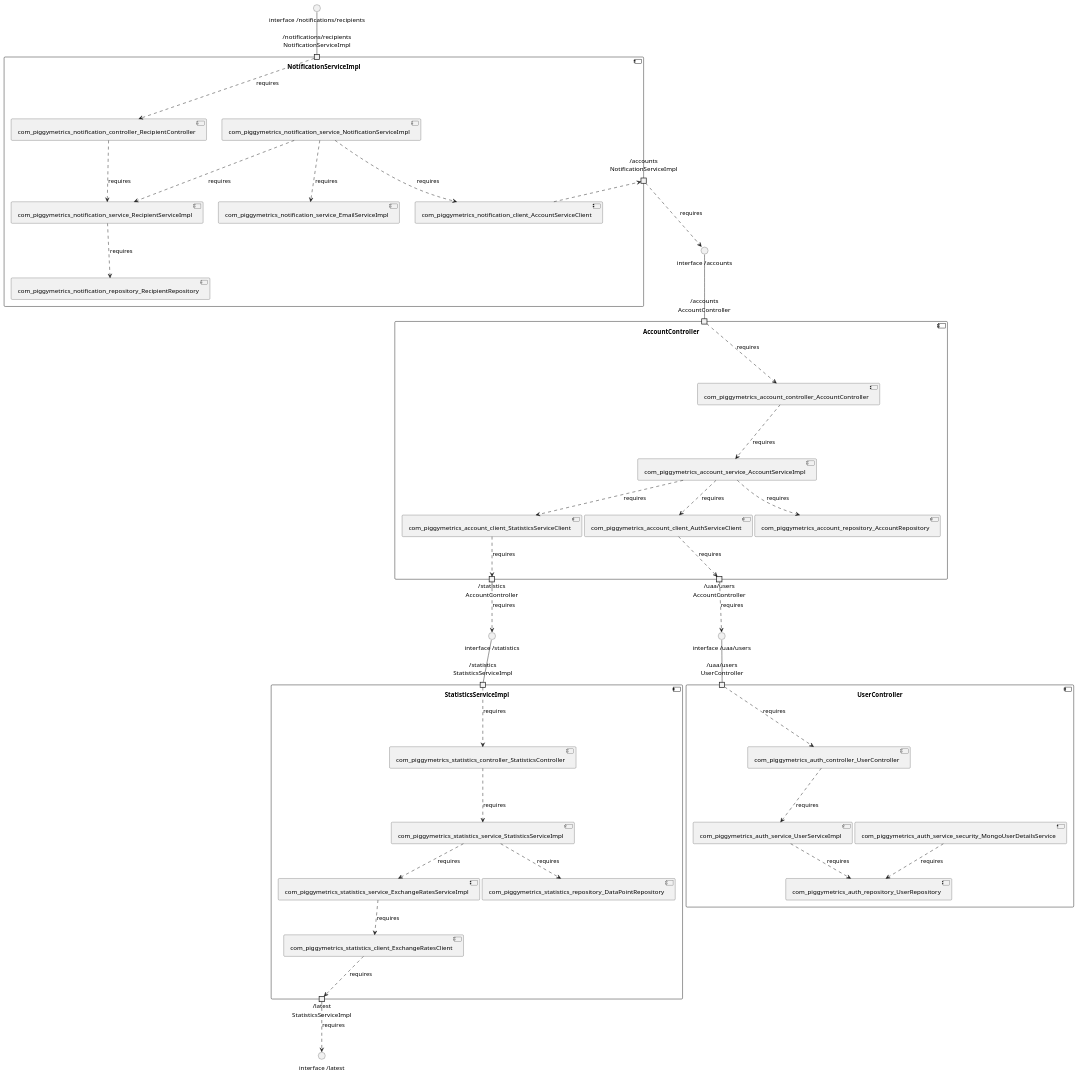
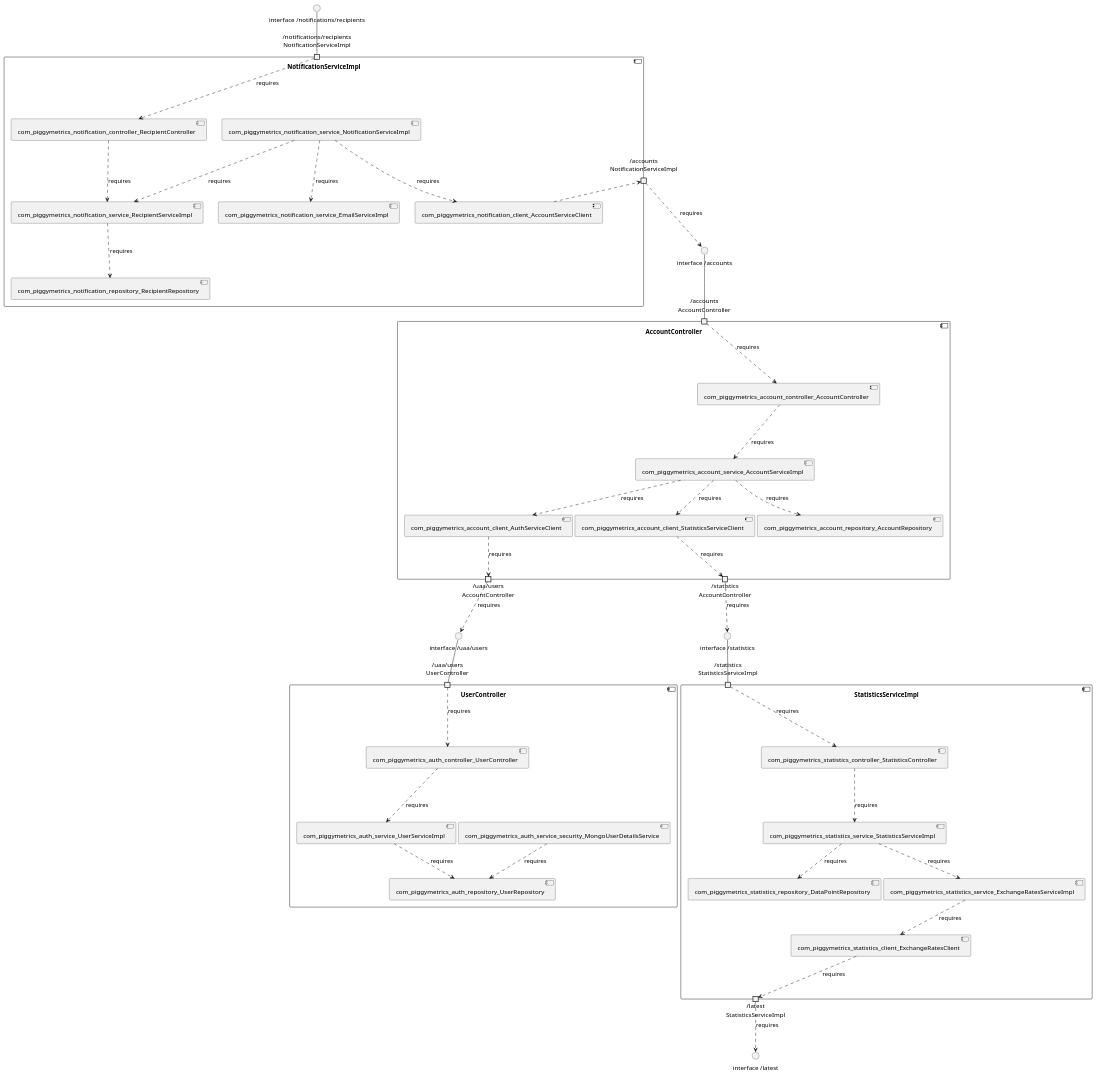
The diagram in piggymetrics/model_re/uml/componentDiagram.puml (View-Based-Reverse-Engineering/Retriever-Benchmark), drawn with PlantUML before and after one commit. The commit also changed other lines of this file and 132 other files, not shown here.

```diff
--- a/piggymetrics/model_re/uml/componentDiagram.puml
+++ b/piggymetrics/model_re/uml/componentDiagram.puml
@@ -1,72 +1,72 @@
 @startuml
 skinparam fixCircleLabelOverlapping true
 component "AccountController\n\n\n\n\n\n" {
+[com_piggymetrics_account_client_AuthServiceClient]
+[com_piggymetrics_account_service_AccountServiceImpl]
 [com_piggymetrics_account_repository_AccountRepository]
+[com_piggymetrics_account_client_StatisticsServiceClient]
 [com_piggymetrics_account_controller_AccountController]
-[com_piggymetrics_account_service_AccountServiceImpl]
-[com_piggymetrics_account_client_StatisticsServiceClient]
-[com_piggymetrics_account_client_AuthServiceClient]
 portin "/accounts\nAccountController"
+portout "/uaa/users\nAccountController"
 portout "/statistics\nAccountController"
-portout "/uaa/users\nAccountController"
-[com_piggymetrics_account_service_AccountServiceImpl]..>[com_piggymetrics_account_client_StatisticsServiceClient] : requires
 [com_piggymetrics_account_service_AccountServiceImpl]..>[com_piggymetrics_account_client_AuthServiceClient] : requires
 [com_piggymetrics_account_service_AccountServiceImpl]..>[com_piggymetrics_account_repository_AccountRepository] : requires
+[com_piggymetrics_account_service_AccountServiceImpl]..>[com_piggymetrics_account_client_StatisticsServiceClient] : requires
 [com_piggymetrics_account_controller_AccountController]..>[com_piggymetrics_account_service_AccountServiceImpl] : requires
 "/accounts\nAccountController"..>[com_piggymetrics_account_controller_AccountController] : requires
 [com_piggymetrics_account_client_AuthServiceClient]..>"/uaa/users\nAccountController" : requires
 [com_piggymetrics_account_client_StatisticsServiceClient]..>"/statistics\nAccountController" : requires
 }
 "interface /accounts"--"/accounts\nAccountController"
 "/uaa/users\nAccountController"..>"interface /uaa/users" : requires
 "/statistics\nAccountController"..>"interface /statistics" : requires
 component "NotificationServiceImpl\n\n\n\n\n\n" {
 [com_piggymetrics_notification_service_EmailServiceImpl]
+[com_piggymetrics_notification_client_AccountServiceClient]
 [com_piggymetrics_notification_repository_RecipientRepository]
+[com_piggymetrics_notification_controller_RecipientController]
+[com_piggymetrics_notification_service_NotificationServiceImpl]
 [com_piggymetrics_notification_service_RecipientServiceImpl]
-[com_piggymetrics_notification_controller_RecipientController]
-[com_piggymetrics_notification_client_AccountServiceClient]
-[com_piggymetrics_notification_service_NotificationServiceImpl]
 portin "/notifications/recipients\nNotificationServiceImpl"
 portout "/accounts\nNotificationServiceImpl"
-[com_piggymetrics_notification_service_NotificationServiceImpl]..>[com_piggymetrics_notification_client_AccountServiceClient] : requires
 [com_piggymetrics_notification_service_NotificationServiceImpl]..>[com_piggymetrics_notification_service_EmailServiceImpl] : requires
-[com_piggymetrics_notification_service_RecipientServiceImpl]..>[com_piggymetrics_notification_repository_RecipientRepository] : requires
 [com_piggymetrics_notification_controller_RecipientController]..>[com_piggymetrics_notification_service_RecipientServiceImpl] : requires
 [com_piggymetrics_notification_service_NotificationServiceImpl]..>[com_piggymetrics_notification_service_RecipientServiceImpl] : requires
+[com_piggymetrics_notification_service_RecipientServiceImpl]..>[com_piggymetrics_notification_repository_RecipientRepository] : requires
+[com_piggymetrics_notification_service_NotificationServiceImpl]..>[com_piggymetrics_notification_client_AccountServiceClient] : requires
 "/notifications/recipients\nNotificationServiceImpl"..>[com_piggymetrics_notification_controller_RecipientController] : requires
 [com_piggymetrics_notification_client_AccountServiceClient]..>"/accounts\nNotificationServiceImpl" : requires
 }
 "interface /notifications/recipients"--"/notifications/recipients\nNotificationServiceImpl"
 "/accounts\nNotificationServiceImpl"..>"interface /accounts" : requires
 component "StatisticsServiceImpl\n\n\n\n\n\n" {
-[com_piggymetrics_statistics_client_ExchangeRatesClient]
 [com_piggymetrics_statistics_repository_DataPointRepository]
-[com_piggymetrics_statistics_service_ExchangeRatesServiceImpl]
 [com_piggymetrics_statistics_service_StatisticsServiceImpl]
 [com_piggymetrics_statistics_controller_StatisticsController]
+[com_piggymetrics_statistics_service_ExchangeRatesServiceImpl]
+[com_piggymetrics_statistics_client_ExchangeRatesClient]
 portin "/statistics\nStatisticsServiceImpl"
 portout "/latest\nStatisticsServiceImpl"
+[com_piggymetrics_statistics_service_StatisticsServiceImpl]..>[com_piggymetrics_statistics_service_ExchangeRatesServiceImpl] : requires
+[com_piggymetrics_statistics_controller_StatisticsController]..>[com_piggymetrics_statistics_service_StatisticsServiceImpl] : requires
+[com_piggymetrics_statistics_service_ExchangeRatesServiceImpl]..>[com_piggymetrics_statistics_client_ExchangeRatesClient] : requires
 [com_piggymetrics_statistics_service_StatisticsServiceImpl]..>[com_piggymetrics_statistics_repository_DataPointRepository] : requires
-[com_piggymetrics_statistics_service_StatisticsServiceImpl]..>[com_piggymetrics_statistics_service_ExchangeRatesServiceImpl] : requires
-[com_piggymetrics_statistics_service_ExchangeRatesServiceImpl]..>[com_piggymetrics_statistics_client_ExchangeRatesClient] : requires
-[com_piggymetrics_statistics_controller_StatisticsController]..>[com_piggymetrics_statistics_service_StatisticsServiceImpl] : requires
 "/statistics\nStatisticsServiceImpl"..>[com_piggymetrics_statistics_controller_StatisticsController] : requires
 [com_piggymetrics_statistics_client_ExchangeRatesClient]..>"/latest\nStatisticsServiceImpl" : requires
 }
 "interface /statistics"--"/statistics\nStatisticsServiceImpl"
 "/latest\nStatisticsServiceImpl"..>"interface /latest" : requires
 component "UserController\n\n\n\n\n\n" {
 [com_piggymetrics_auth_repository_UserRepository]
 [com_piggymetrics_auth_service_UserServiceImpl]
+[com_piggymetrics_auth_service_security_MongoUserDetailsService]
 [com_piggymetrics_auth_controller_UserController]
-[com_piggymetrics_auth_service_security_MongoUserDetailsService]
 portin "/uaa/users\nUserController"
-[com_piggymetrics_auth_controller_UserController]..>[com_piggymetrics_auth_service_UserServiceImpl] : requires
 [com_piggymetrics_auth_service_UserServiceImpl]..>[com_piggymetrics_auth_repository_UserRepository] : requires
 [com_piggymetrics_auth_service_security_MongoUserDetailsService]..>[com_piggymetrics_auth_repository_UserRepository] : requires
+[com_piggymetrics_auth_controller_UserController]..>[com_piggymetrics_auth_service_UserServiceImpl] : requires
 "/uaa/users\nUserController"..>[com_piggymetrics_auth_controller_UserController] : requires
 }
 "interface /uaa/users"--"/uaa/users\nUserController"
 
 @enduml
```
